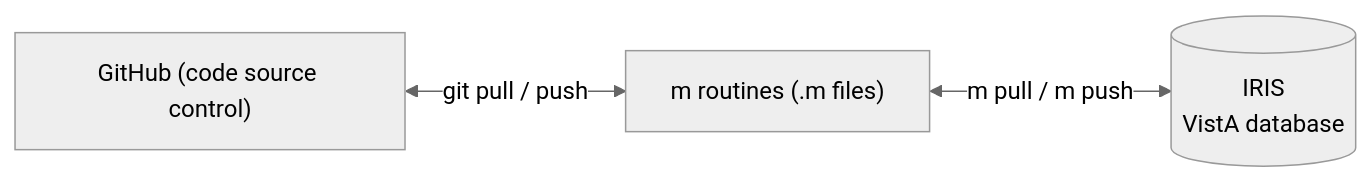
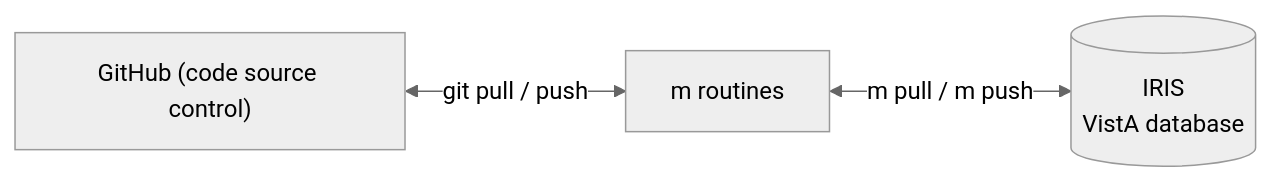
One commit to vista-cloud-dev/.github changed the first of 7 diagrams in profile/README.md. Above: the diagram before and after it, drawn with Mermaid (neutral theme). The commit also changed other lines of this file, not shown here.

Commit message:
docs: simplify version-control node labels to 'm routines' and 'patch components'

````diff
--- a/profile/README.md
+++ b/profile/README.md
@@ -98,8 +98,8 @@
 ```mermaid
 flowchart LR
     gh["GitHub (code source control)"]
-    fs["m routines (.m files)"]
+    fs["m routines"]
     iris[("IRIS<br/>VistA database")]
     gh <-->|git pull / push| fs
     fs <-->|m pull / m push| iris
 ```
````
